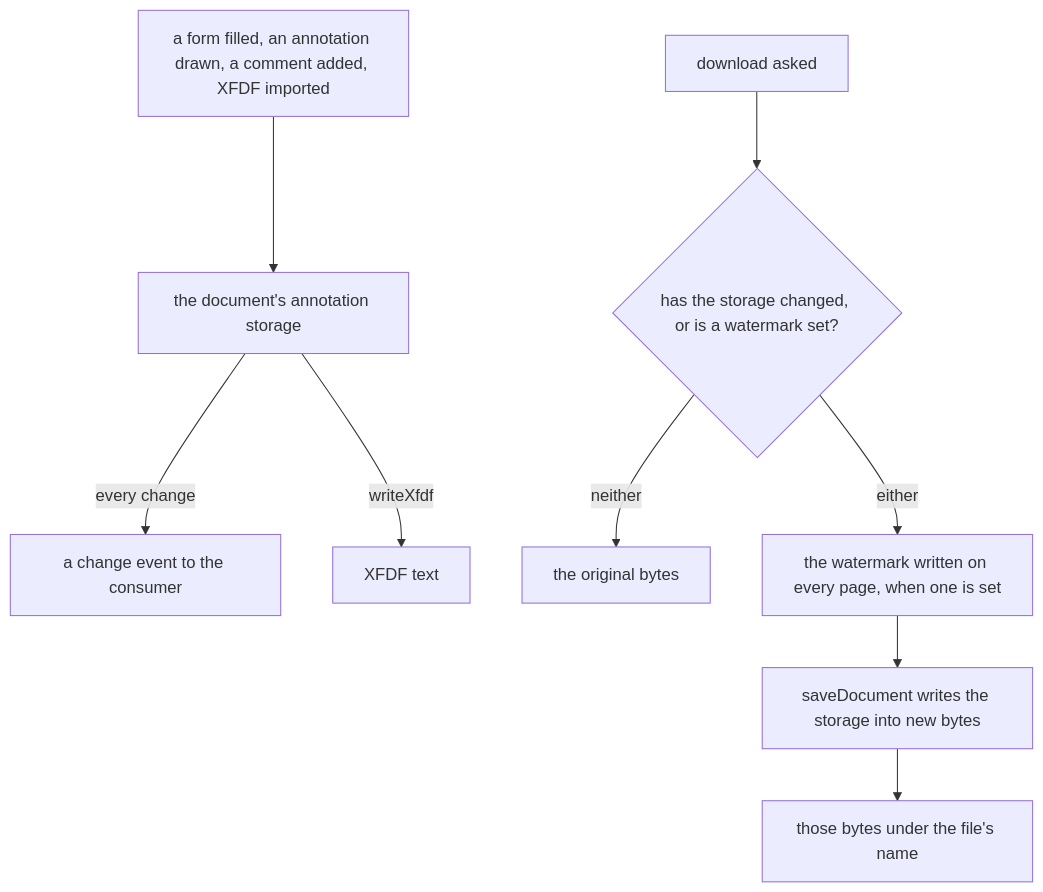
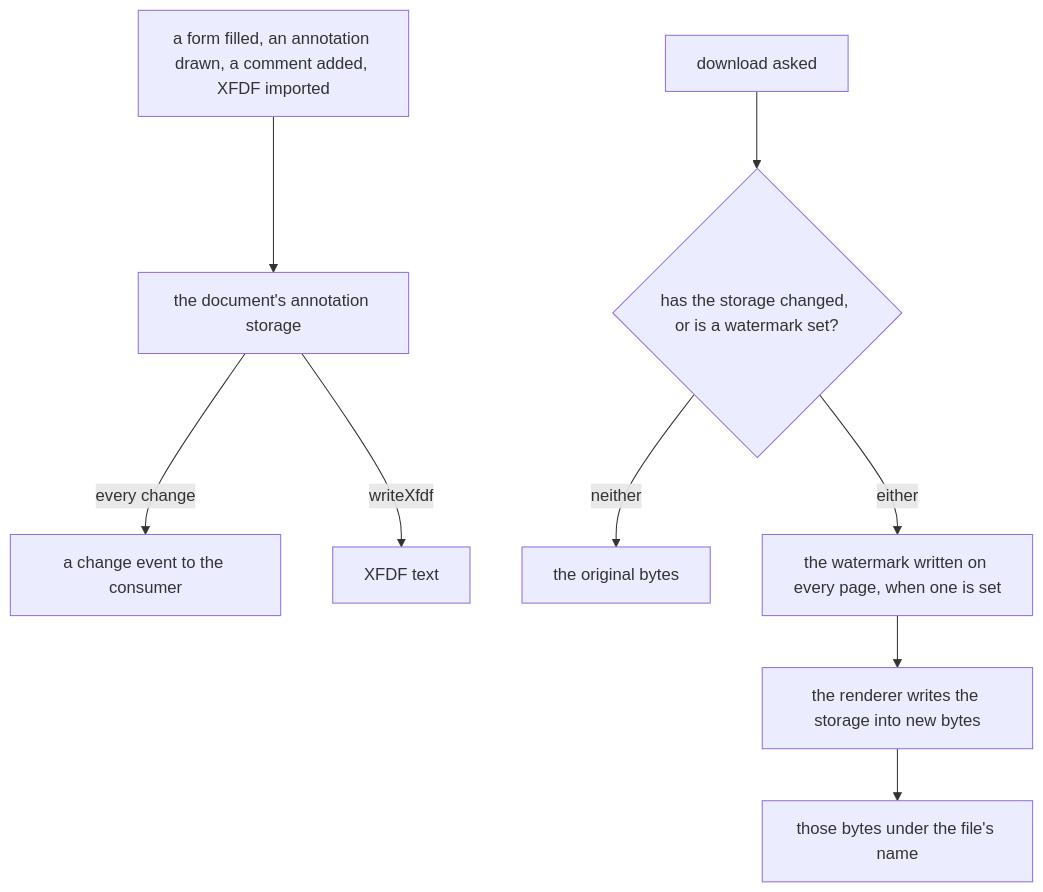
One commit to Esposter/Esposter changed the diagram in openspec/changes/vue-pdfjs-headless-annotations/design.md. Above: the diagram before and after it, drawn with Mermaid. The commit also changed other lines of this file and 2 other files, not shown here.

````diff
--- a/openspec/changes/vue-pdfjs-headless-annotations/design.md
+++ b/openspec/changes/vue-pdfjs-headless-annotations/design.md
@@ -15,11 +15,11 @@
 ```mermaid
 flowchart TD
   edit["a form filled, an annotation drawn, a comment added, XFDF imported"] --> storage["the document's annotation storage"]
   storage -->|"every change"| event["a change event to the consumer"]
   storage -->|"writeXfdf"| xfdf["XFDF text"]
   download["download asked"] --> changed{"has the storage changed, or is a watermark set?"}
   changed -->|neither| original["the original bytes"]
   changed -->|either| watermark["the watermark written on every page, when one is set"]
-  watermark --> save["saveDocument writes the storage into new bytes"]
+  watermark --> save["the renderer writes the storage into new bytes"]
   save --> file["those bytes under the file's name"]
 ```
````
